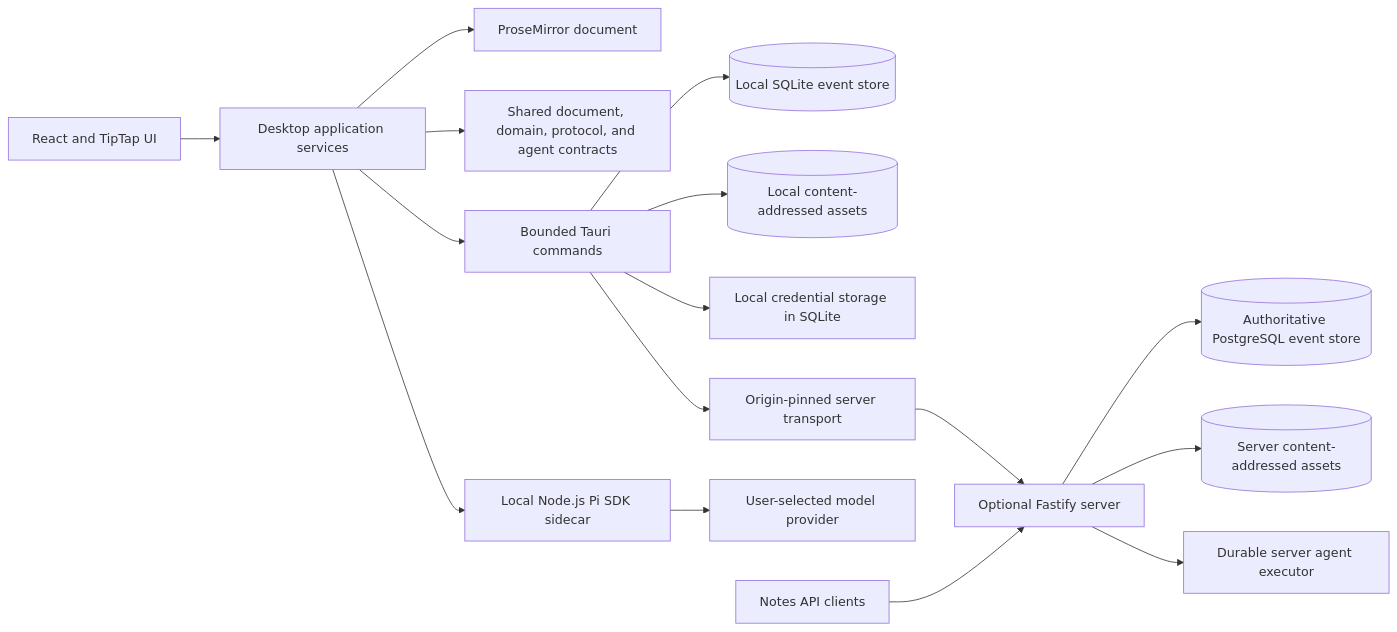
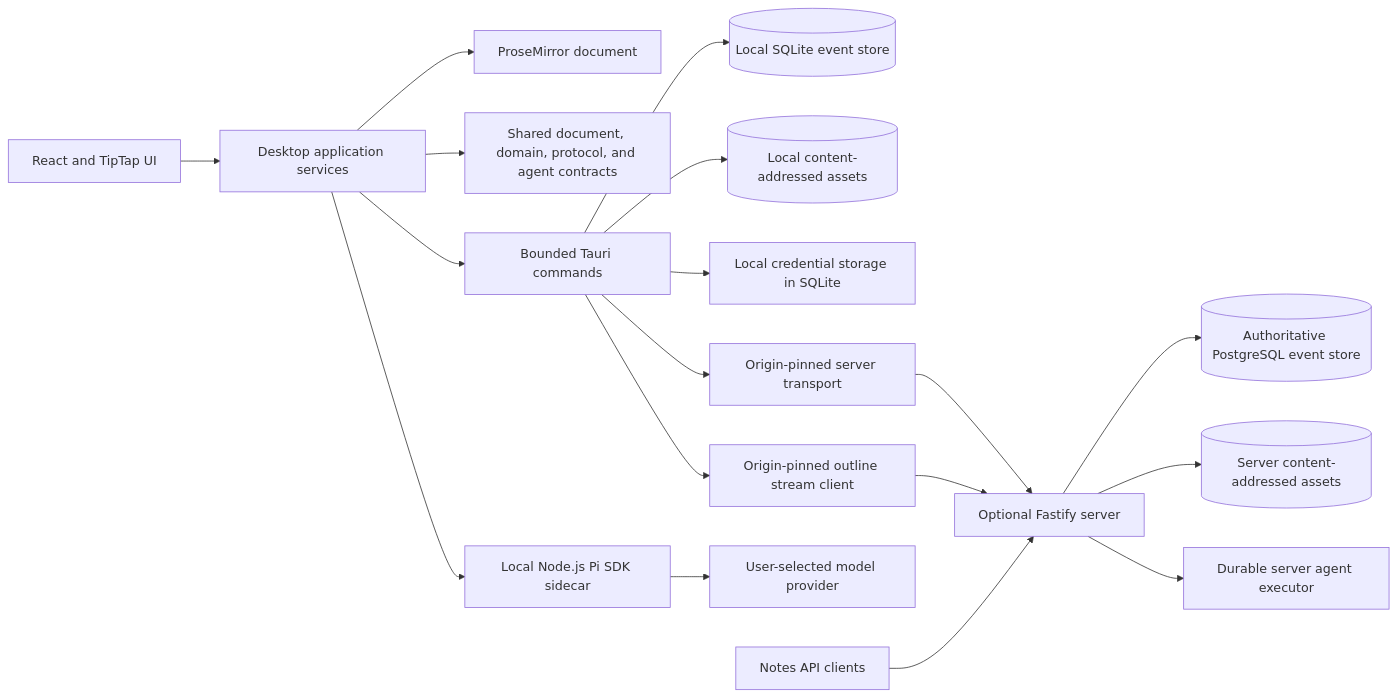
The diagram in docs/architecture.md (tenzki/forage), drawn with Mermaid before and after one commit. The commit also changed other lines of this file and 45 other files, not shown here.

````diff
--- a/docs/architecture.md
+++ b/docs/architecture.md
@@ -7,18 +7,20 @@
 ```mermaid
 flowchart LR
     UI[React and TipTap UI] --> APP[Desktop application services]
     APP --> DOC[ProseMirror document]
     APP --> DOMAIN[Shared document, domain, protocol, and agent contracts]
     APP --> IPC[Bounded Tauri commands]
     IPC --> SQLITE[(Local SQLite event store)]
     IPC --> ASSETS[(Local content-addressed assets)]
     IPC --> VAULT[Local credential storage in SQLite]
     IPC --> TRANSPORT[Origin-pinned server transport]
+    IPC --> STREAM[Origin-pinned outline stream client]
     APP --> SIDECAR[Local Node.js Pi SDK sidecar]
     SIDECAR --> MODELS[User-selected model provider]
     TRANSPORT --> SERVER[Optional Fastify server]
+    STREAM --> SERVER
     SERVER --> POSTGRES[(Authoritative PostgreSQL event store)]
     SERVER --> SERVER_ASSETS[(Server content-addressed assets)]
     SERVER --> WORKER[Durable server agent executor]
     CAPTURE[Notes API clients] --> SERVER
 ```
````
